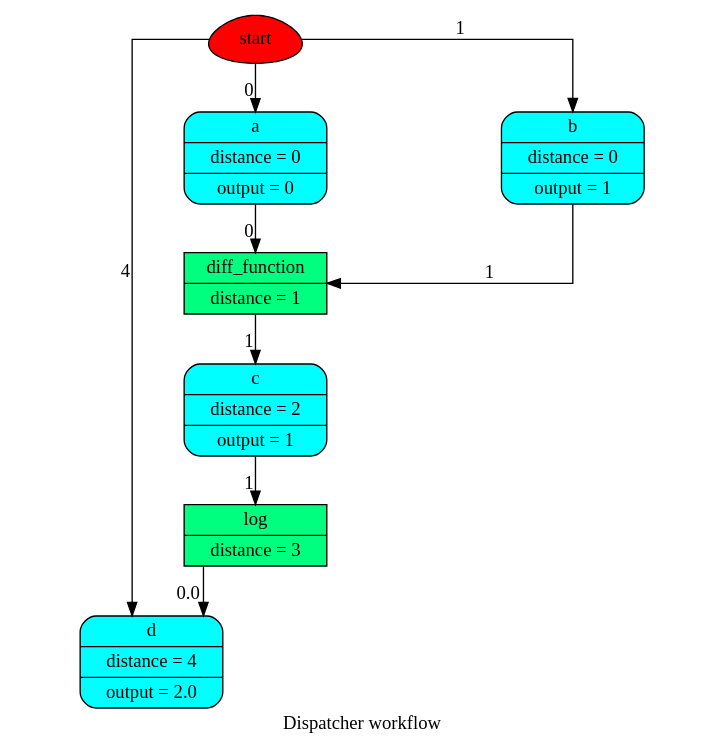
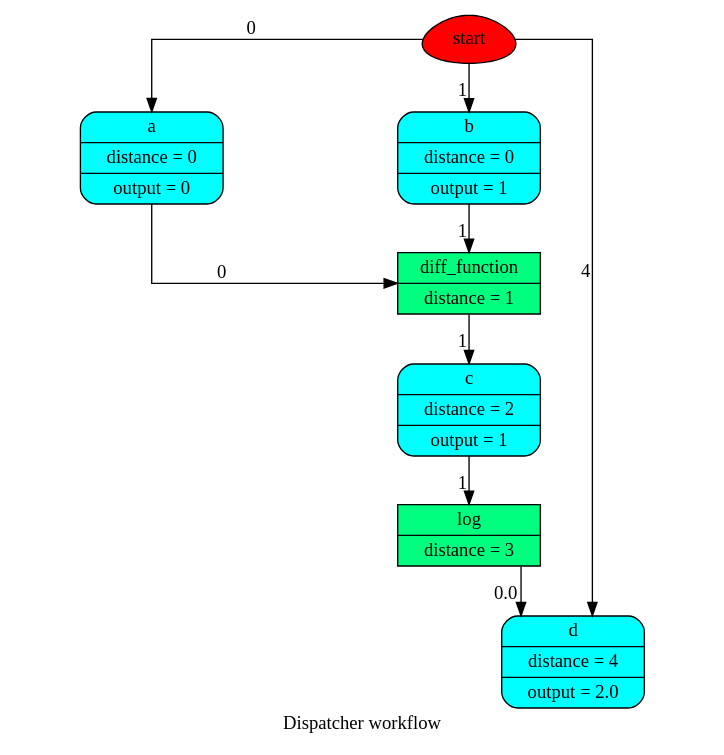
One commit to vinci1it2000/schedula changed the diagram in doc/source/dispatcher/__init__/Dispatcher/wf.dot. Above: the diagram before and after it, drawn with Graphviz. The commit also changed 24 other files, not shown here.

```diff
--- a/doc/source/dispatcher/__init__/Dispatcher/wf.dot
+++ b/doc/source/dispatcher/__init__/Dispatcher/wf.dot
@@ -1,21 +1,21 @@
 digraph Dispatcher {
 	graph [ratio=1]
 	node [style=filled]
+	label = "Dispatcher workflow"
 	splines = ortho
-	label = "Dispatcher workflow"
-		Dispatcher_4373660080 [label=start fillcolor=red shape=egg]
-		"Dispatcher_-2193805309291217967" [label="{ c | distance = 2 | output = 1 }" fillcolor=cyan shape=Mrecord]
-		Dispatcher_6631309999372667202 [label="{ d | distance = 4 | output = 2.0 }" fillcolor=cyan shape=Mrecord]
-		Dispatcher_9139109398902324004 [label="{ a | distance = 0 | output = 0 }" fillcolor=cyan shape=Mrecord]
-		"Dispatcher_-5488437067600491913" [label="{ diff_function | distance = 1 }" fillcolor=springgreen shape=record]
-		Dispatcher_801494244691917639 [label="{ log | distance = 3 }" fillcolor=springgreen shape=record]
-		Dispatcher_5099201867563505239 [label="{ b | distance = 0 | output = 1 }" fillcolor=cyan shape=Mrecord]
-			Dispatcher_4373660080 -> Dispatcher_6631309999372667202 [xlabel=4]
-			Dispatcher_4373660080 -> Dispatcher_9139109398902324004 [xlabel=0]
-			Dispatcher_4373660080 -> Dispatcher_5099201867563505239 [xlabel=1]
-			"Dispatcher_-2193805309291217967" -> Dispatcher_801494244691917639 [xlabel=1]
-			Dispatcher_9139109398902324004 -> "Dispatcher_-5488437067600491913" [xlabel=0]
-			"Dispatcher_-5488437067600491913" -> "Dispatcher_-2193805309291217967" [xlabel=1]
-			Dispatcher_801494244691917639 -> Dispatcher_6631309999372667202 [xlabel=0.0]
-			Dispatcher_5099201867563505239 -> "Dispatcher_-5488437067600491913" [xlabel=1]
+		Dispatcher_4373639600 [label=start fillcolor=red shape=egg]
+		"Dispatcher_-1353340929889452664" [label="{ a | distance = 0 | output = 0 }" fillcolor=cyan shape=Mrecord]
+		Dispatcher_757988770472853780 [label="{ log | distance = 3 }" fillcolor=springgreen shape=record]
+		Dispatcher_7224607962633671560 [label="{ b | distance = 0 | output = 1 }" fillcolor=cyan shape=Mrecord]
+		"Dispatcher_-5912537819166218321" [label="{ d | distance = 4 | output = 2.0 }" fillcolor=cyan shape=Mrecord]
+		Dispatcher_6900719114362863374 [label="{ c | distance = 2 | output = 1 }" fillcolor=cyan shape=Mrecord]
+		Dispatcher_362988721157183792 [label="{ diff_function | distance = 1 }" fillcolor=springgreen shape=record]
+			Dispatcher_4373639600 -> Dispatcher_7224607962633671560 [xlabel=1]
+			Dispatcher_4373639600 -> "Dispatcher_-1353340929889452664" [xlabel=0]
+			Dispatcher_4373639600 -> "Dispatcher_-5912537819166218321" [xlabel=4]
+			"Dispatcher_-1353340929889452664" -> Dispatcher_362988721157183792 [xlabel=0]
+			Dispatcher_757988770472853780 -> "Dispatcher_-5912537819166218321" [xlabel=0.0]
+			Dispatcher_7224607962633671560 -> Dispatcher_362988721157183792 [xlabel=1]
+			Dispatcher_6900719114362863374 -> Dispatcher_757988770472853780 [xlabel=1]
+			Dispatcher_362988721157183792 -> Dispatcher_6900719114362863374 [xlabel=1]
 }
```
